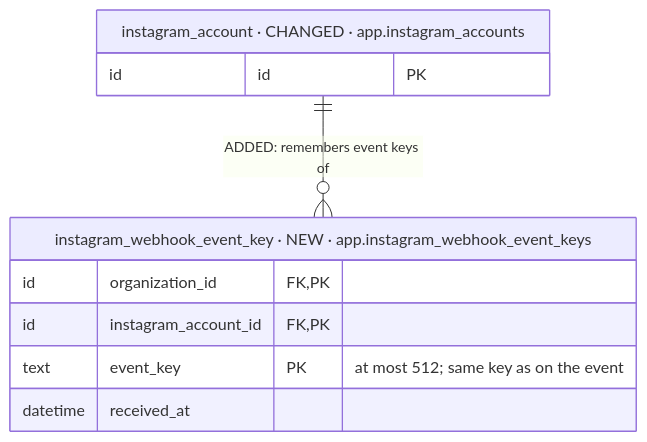
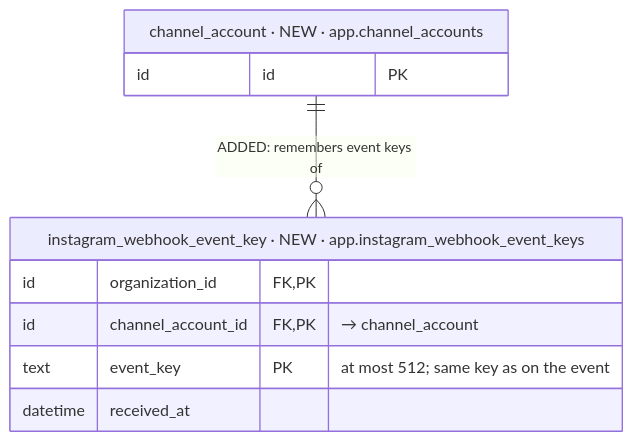
One commit to albetrios/meepzo-be changed diagram 19 of 40 in iterations/feat-instagram-dm-sending-2026-11-23-oxak/plans/db-changes.md. Above: the diagram before and after it, drawn with Mermaid. The commit also changed other lines of this file and 3 other files, not shown here.

````diff
--- a/iterations/feat-instagram-dm-sending-2026-11-23-oxak/plans/db-changes.md
+++ b/iterations/feat-instagram-dm-sending-2026-11-23-oxak/plans/db-changes.md
@@ -885,13 +1013,13 @@
 ```mermaid
 erDiagram
   instagram_webhook_event_key["instagram_webhook_event_key · NEW · app.instagram_webhook_event_keys"] {
     id organization_id FK, PK
-    id instagram_account_id FK, PK
+    id channel_account_id FK, PK "→ channel_account"
     text event_key PK "at most 512; same key as on the event"
     datetime received_at
   }
-  instagram_account["instagram_account · CHANGED · app.instagram_accounts"] {
+  channel_account["channel_account · NEW · app.channel_accounts"] {
     id id PK
   }
-  instagram_account ||--o{ instagram_webhook_event_key : "ADDED: remembers event keys of"
+  channel_account ||--o{ instagram_webhook_event_key : "ADDED: remembers event keys of"
 ```
````
